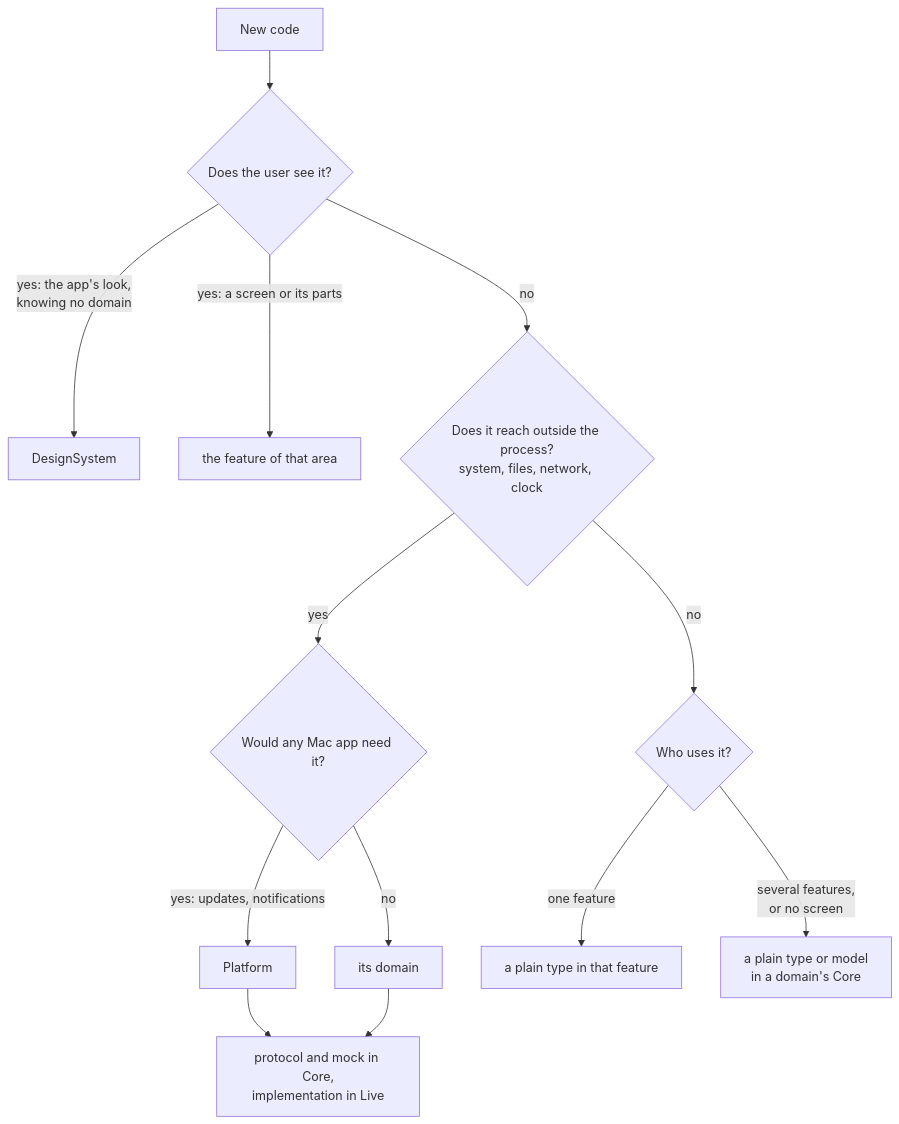
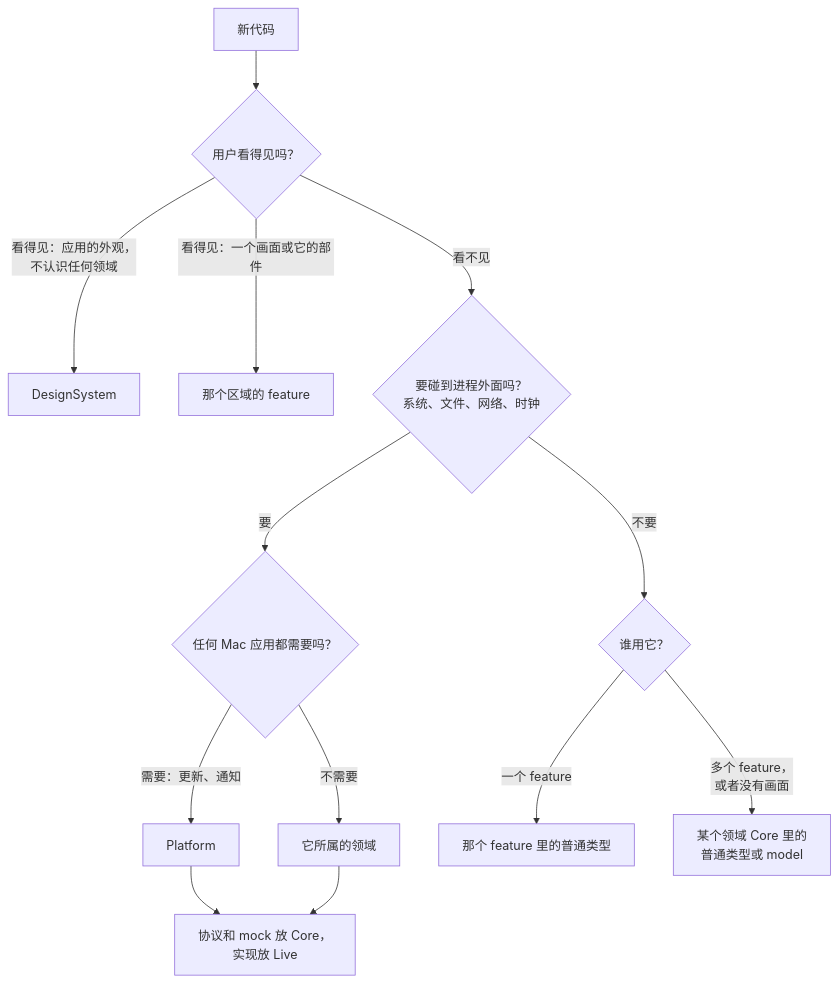
The third of 3 diagrams in docs/zh/ARCHITECTURE.md (chengzi-io/macos-swiftui-spm-template), drawn with Mermaid before and after one commit. The commit also changed other lines of this file and 9 other files, not shown here.

````diff
--- a/docs/zh/ARCHITECTURE.md
+++ b/docs/zh/ARCHITECTURE.md
@@ -60,15 +56,15 @@
 ```mermaid
 flowchart TD
-    start["New code"] --> see{"Does the user see it?"}
-    see -->|"yes: the app's look,<br/>knowing no domain"| ds["DesignSystem"]
-    see -->|"yes: a screen or its parts"| feature["the feature of that area"]
-    see -->|no| outside{"Does it reach outside the process?<br/>system, files, network, clock"}
-    outside -->|yes| anyApp{"Would any Mac app need it?"}
-    anyApp -->|"yes: updates, notifications"| platform["Platform"]
-    anyApp -->|no| domain["its domain"]
-    platform --> split["protocol and mock in Core,<br/>implementation in Live"]
+    start["新代码"] --> see{"用户看得见吗？"}
+    see -->|"看得见：应用的外观，<br/>不认识任何领域"| ds["DesignSystem"]
+    see -->|"看得见：一个画面或它的部件"| feature["那个区域的 feature"]
+    see -->|"看不见"| outside{"要碰到进程外面吗？<br/>系统、文件、网络、时钟"}
+    outside -->|"要"| anyApp{"任何 Mac 应用都需要吗？"}
+    anyApp -->|"需要：更新、通知"| platform["Platform"]
+    anyApp -->|"不需要"| domain["它所属的领域"]
+    platform --> split["协议和 mock 放 Core，<br/>实现放 Live"]
     domain --> split
-    outside -->|no| users{"Who uses it?"}
-    users -->|one feature| beside["a plain type in that feature"]
-    users -->|"several features,<br/>or no screen"| core["a plain type or model<br/>in a domain's Core"]
+    outside -->|"不要"| users{"谁用它？"}
+    users -->|"一个 feature"| beside["那个 feature 里的普通类型"]
+    users -->|"多个 feature，<br/>或者没有画面"| core["某个领域 Core 里的<br/>普通类型或 model"]
 ```
````
